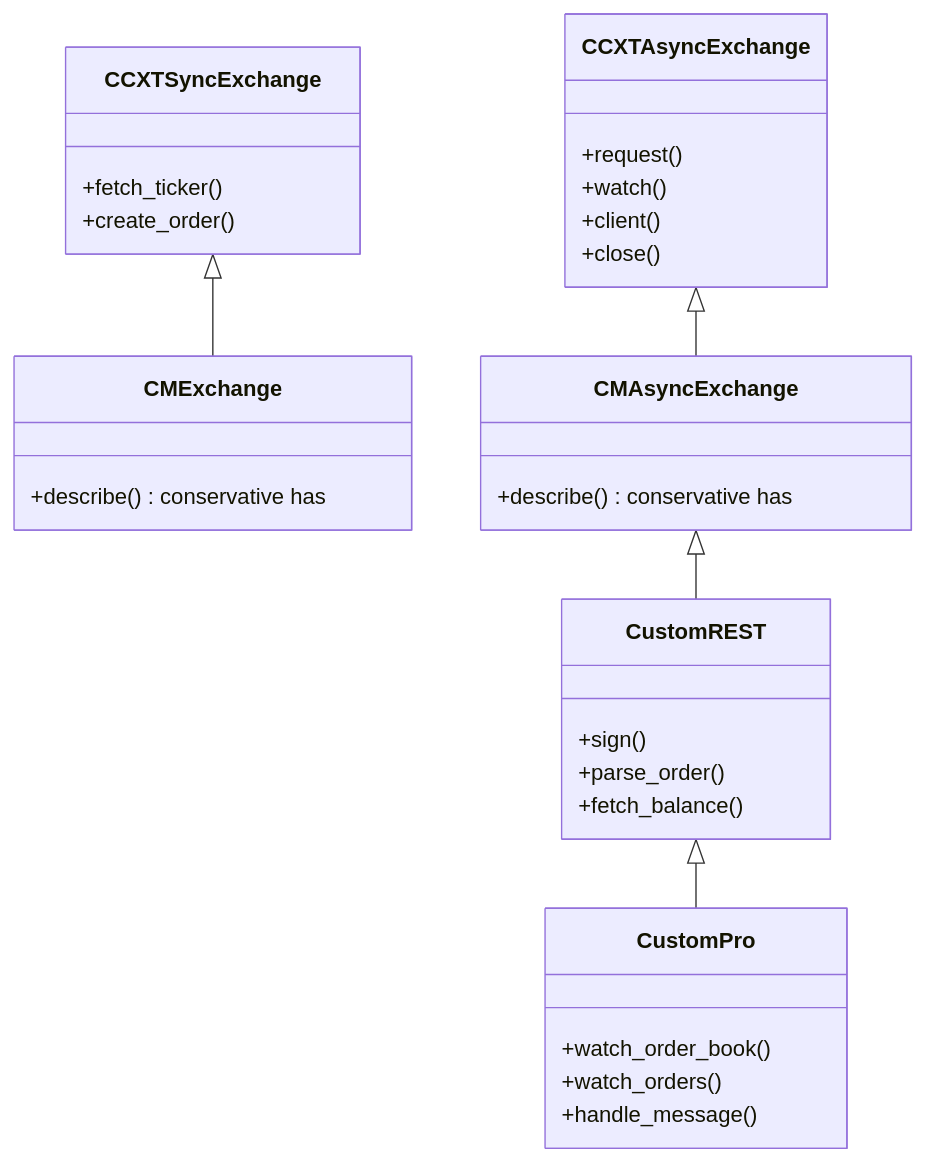
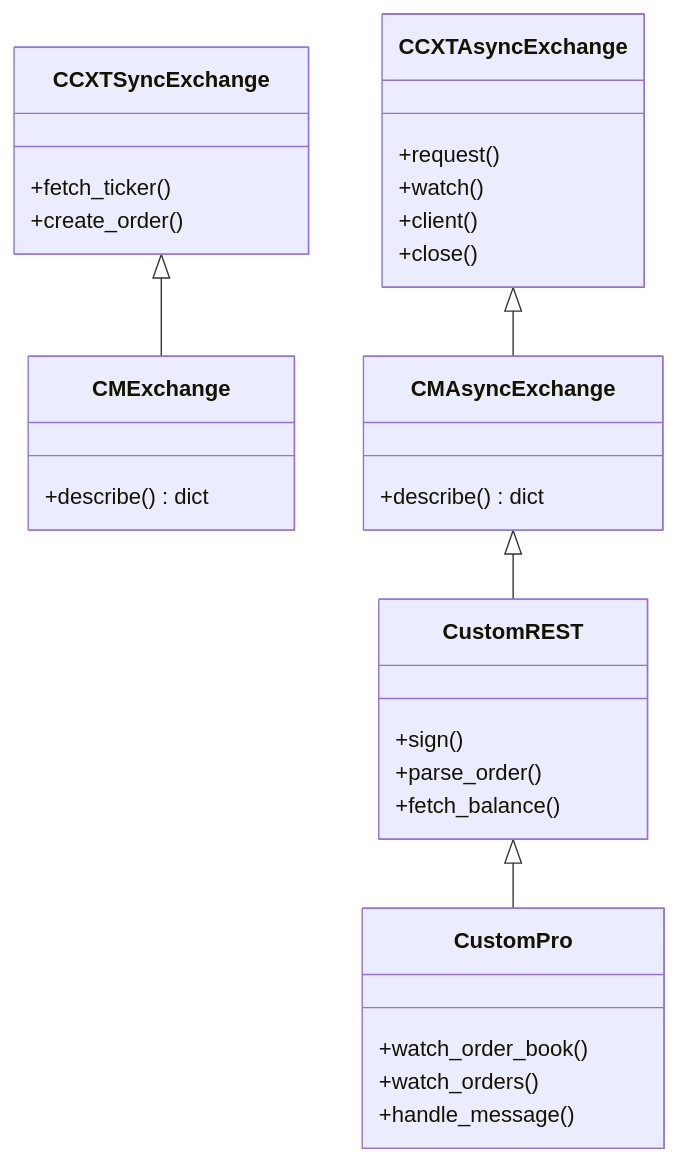
One commit to Nova3322/CCXT_CM changed the first of 3 diagrams in docs/architecture.md. Above: the diagram before and after it, drawn with Mermaid. The commit also changed 1 other file, not shown here.

Commit message:
ci: pin current Node 24 actions to verified commits

````diff
--- a/docs/architecture.md
+++ b/docs/architecture.md
@@ -11,33 +11,33 @@
 ```mermaid
 classDiagram
     class CCXTSyncExchange {
       +fetch_ticker()
       +create_order()
     }
     class CCXTAsyncExchange {
       +request()
       +watch()
       +client()
       +close()
     }
     class CMExchange {
-      +describe() conservative has
+      +describe() dict
     }
     class CMAsyncExchange {
-      +describe() conservative has
+      +describe() dict
     }
     class CustomREST {
       +sign()
       +parse_order()
       +fetch_balance()
     }
     class CustomPro {
       +watch_order_book()
       +watch_orders()
       +handle_message()
     }
     CCXTSyncExchange <|-- CMExchange
     CCXTAsyncExchange <|-- CMAsyncExchange
     CMAsyncExchange <|-- CustomREST
     CustomREST <|-- CustomPro
 ```
````
